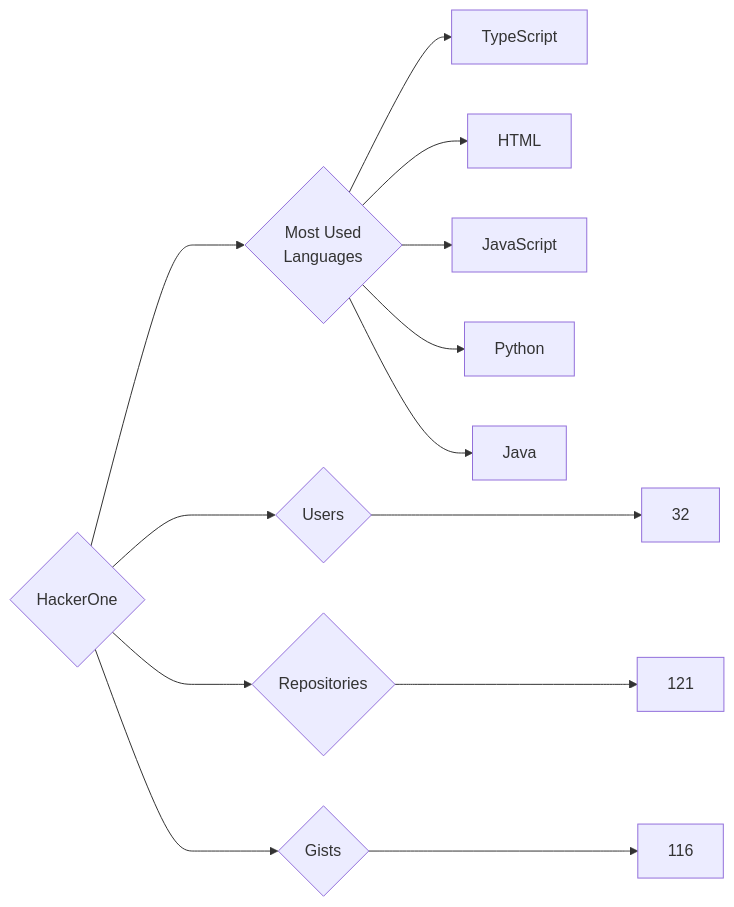
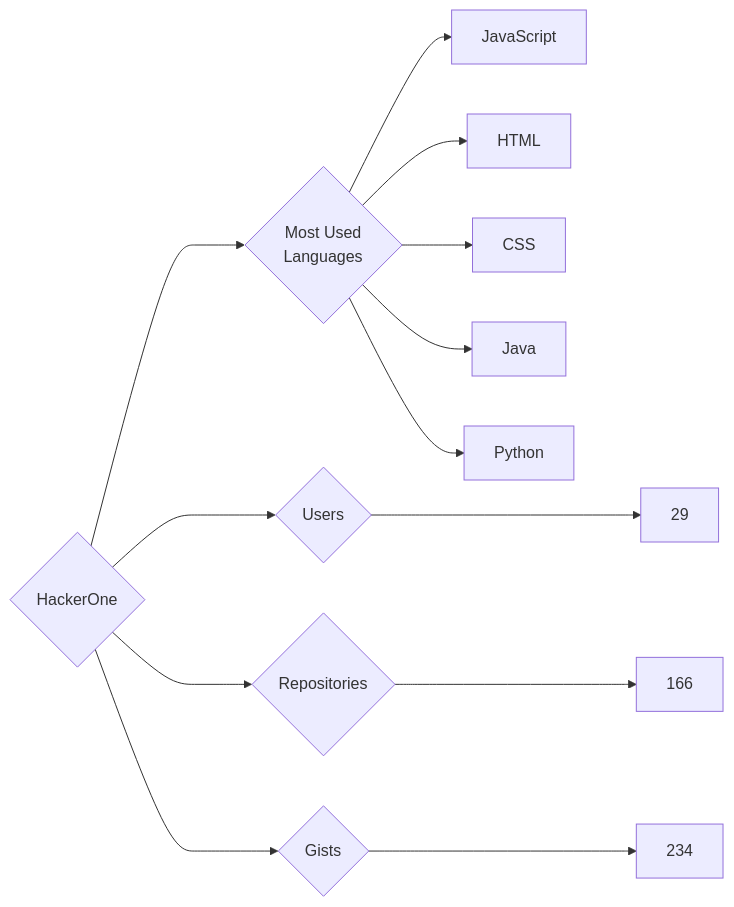
One commit to trickest/insiders changed the diagram in targets/HackerOne/README.md. Above: the diagram before and after it, drawn with Mermaid. The commit also changed 723 other files, not shown here.

````diff
--- a/targets/HackerOne/README.md
+++ b/targets/HackerOne/README.md
@@ -3,13 +3,13 @@
 ```mermaid
 graph LR
 COMPANY_NAME{HackerOne}
-COMPANY_NAME ---> U{Users} ---> UN[32]
-COMPANY_NAME ---> R{Repositories} ---> RN[121]
-COMPANY_NAME ---> G{Gists} ---> GN[116]
+COMPANY_NAME ---> U{Users} ---> UN[29]
+COMPANY_NAME ---> R{Repositories} ---> RN[166]
+COMPANY_NAME ---> G{Gists} ---> GN[234]
 COMPANY_NAME ---> ML{Most Used<br>Languages}
-ML --> TypeScript[TypeScript]
+ML --> JavaScript[JavaScript]
 ML --> HTML[HTML]
-ML --> JavaScript[JavaScript]
+ML --> CSS[CSS]
+ML --> Java[Java]
 ML --> Python[Python]
-ML --> Java[Java]
 ```
````
